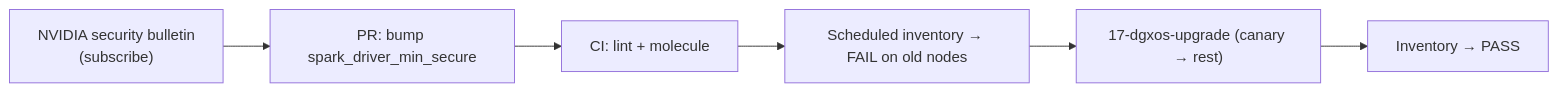
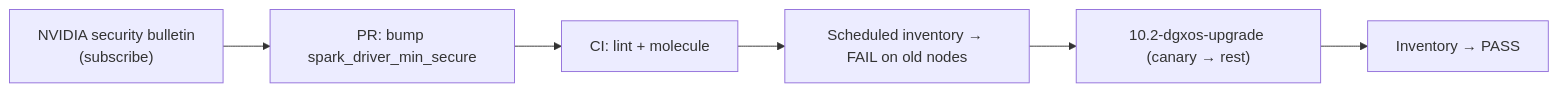
Before and after one commit to cloudone365/technical-depth: the second of 2 diagrams in 01-Ansible/28-firmware-lifecycle-and-vulnerability-patching.md, drawn with Mermaid. The commit also changed other lines of this file and 242 other files, not shown here.

````diff
--- a/01-Ansible/28-firmware-lifecycle-and-vulnerability-patching.md
+++ b/01-Ansible/28-firmware-lifecycle-and-vulnerability-patching.md
@@ -201,6 +201,6 @@
 ```mermaid
 flowchart LR
   B["NVIDIA security bulletin<br/>(subscribe)"] --> PR["PR: bump spark_driver_min_secure"]
   PR --> CI["CI: lint + molecule"] --> INV2["Scheduled inventory → FAIL on old nodes"]
-  INV2 --> UP["17-dgxos-upgrade (canary → rest)"] --> OK["Inventory → PASS"]
+  INV2 --> UP["10.2-dgxos-upgrade (canary → rest)"] --> OK["Inventory → PASS"]
 ```
````
